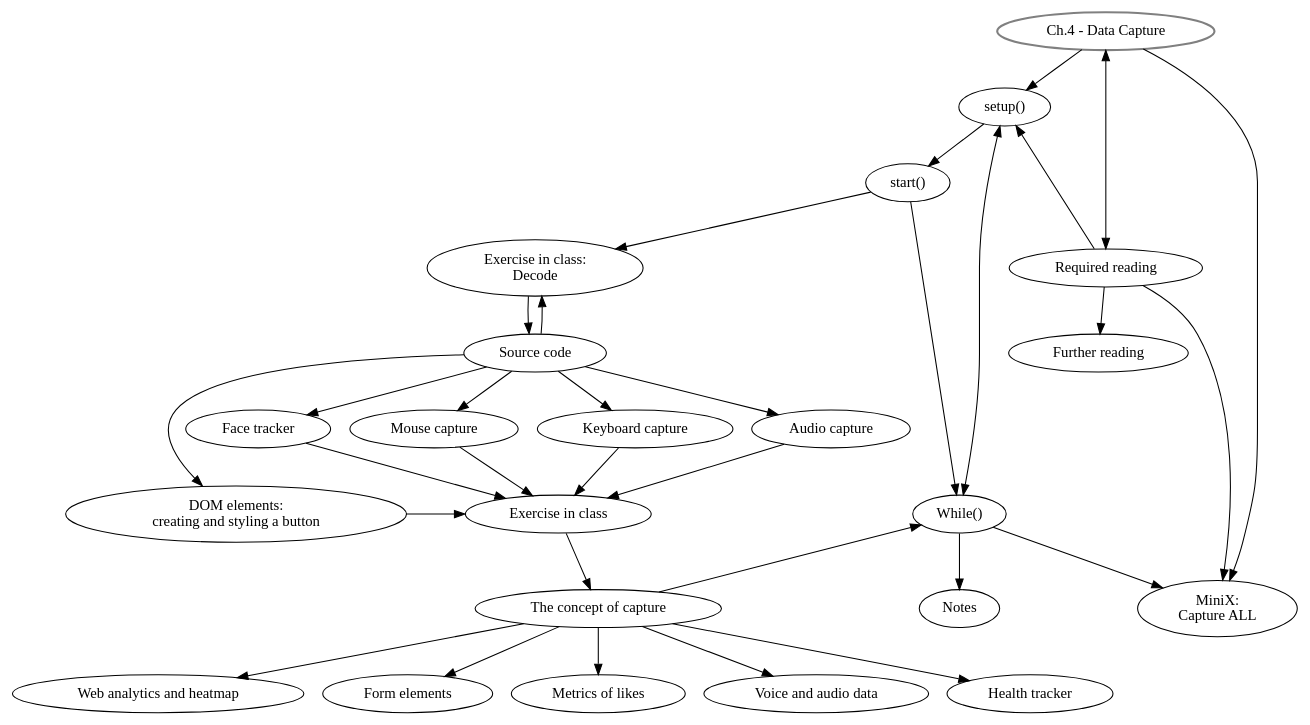
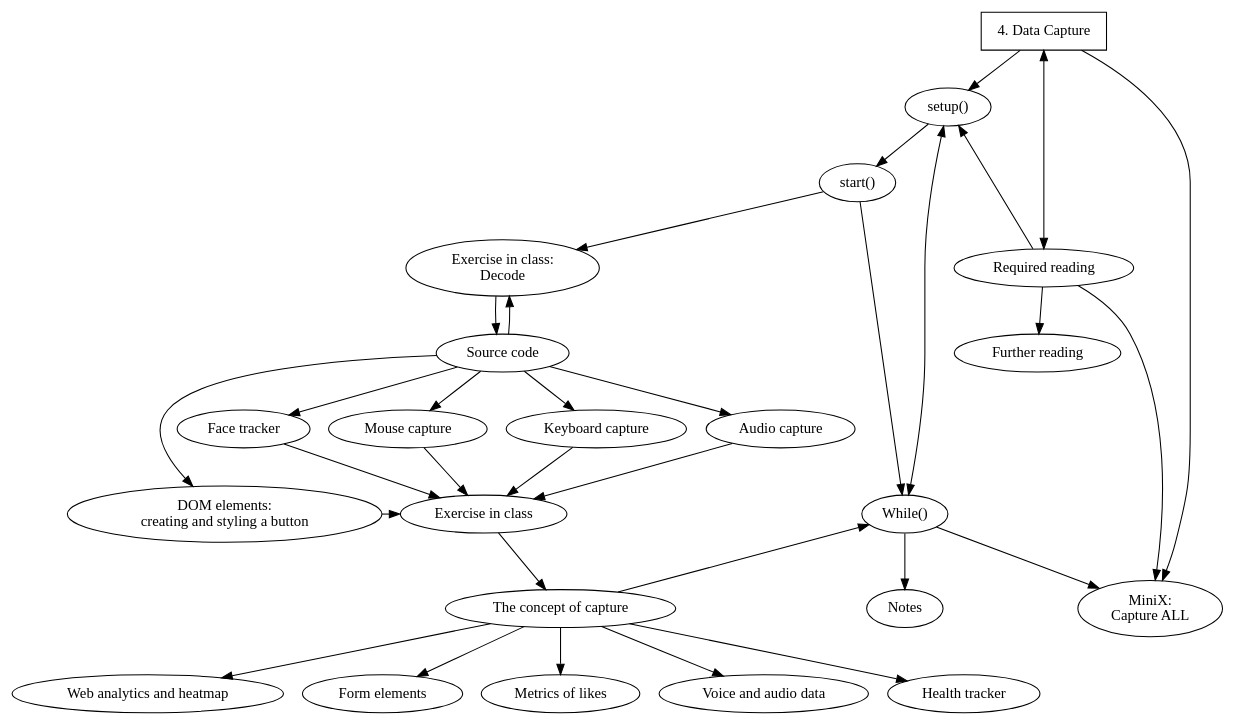
One commit to danbz/aesthetic-programming changed the diagram in graphviz/AP_ch4.dot. Above: the diagram before and after it, drawn with Graphviz. The commit also changed 35 other files, not shown here.

Commit message:
graphviz

```diff
--- a/graphviz/AP_ch4.dot
+++ b/graphviz/AP_ch4.dot
@@ -1,48 +1,52 @@
 digraph G {
+
+node[fontname="Hershey-Noailles-help-me"]
+
 //labels
 GS [
-label="Ch.4 - Data Capture",
+label="4. Data Capture",
 style=bold,
-color=grey,
+shape=rectangle,
+penwidth="1pt"
 ]
 
 SU [label="setup()"]
 ST [label="start()"]
 DE [label="Exercise in class: \nDecode"]
 SC [label="Source code"]
 DOM [label="DOM elements:\n creating and styling a button"]
 MC [label="Mouse capture"]
 KC [label="Keyboard capture"]
 AC [label="Audio capture"]
 FT [label="Face tracker"]
 EiC [label="Exercise in class"]
 CC [label="The concept of capture"]
 WA [label="Web analytics and heatmap"]
 FE [label="Form elements"]
 ML [label="Metrics of likes"]
 VD [label="Voice and audio data"]
 HT [label="Health tracker"]
 MW [label="While()"]
 MX [label="MiniX: \nCapture ALL"]
 RR [label="Required reading"]
 FR [label="Further reading"]
 Notes [label="Notes"]
 
 //rank
 {rank = same; MW, DOM, EiC}
 {rank = same; DE, RR}
 
 //graph
 GS -> SU -> ST -> DE -> SC;
 SC -> DE;
 GS -> RR[dir=both, minlen=3];
 SU -> MW [dir=both];
 GS -> MX;
 RR -> MX, SU;
 SC -> DOM, MC, KC, AC, FT;
 DOM, MC, KC, AC, FT -> EiC -> CC;
 CC -> WA, FE, ML, VD, HT;
 ST, CC -> MW -> Notes;
 MW -> MX;
 RR -> FR;
 }
```
